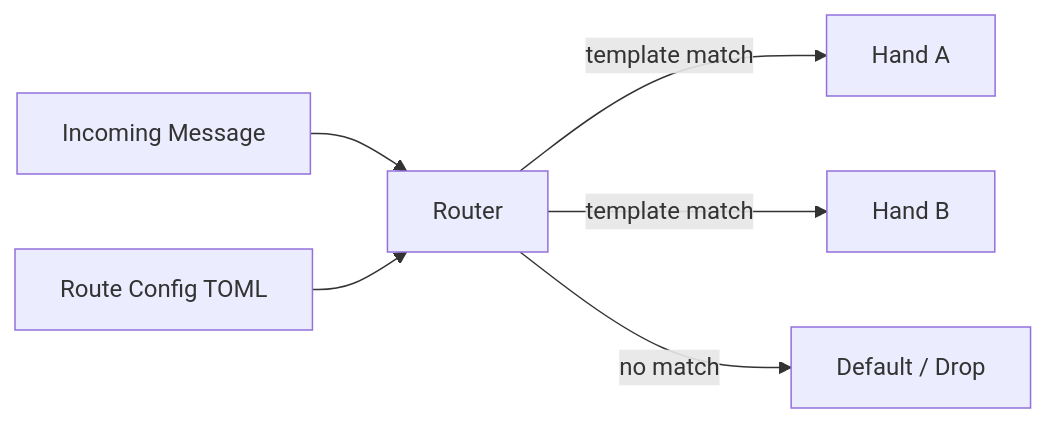
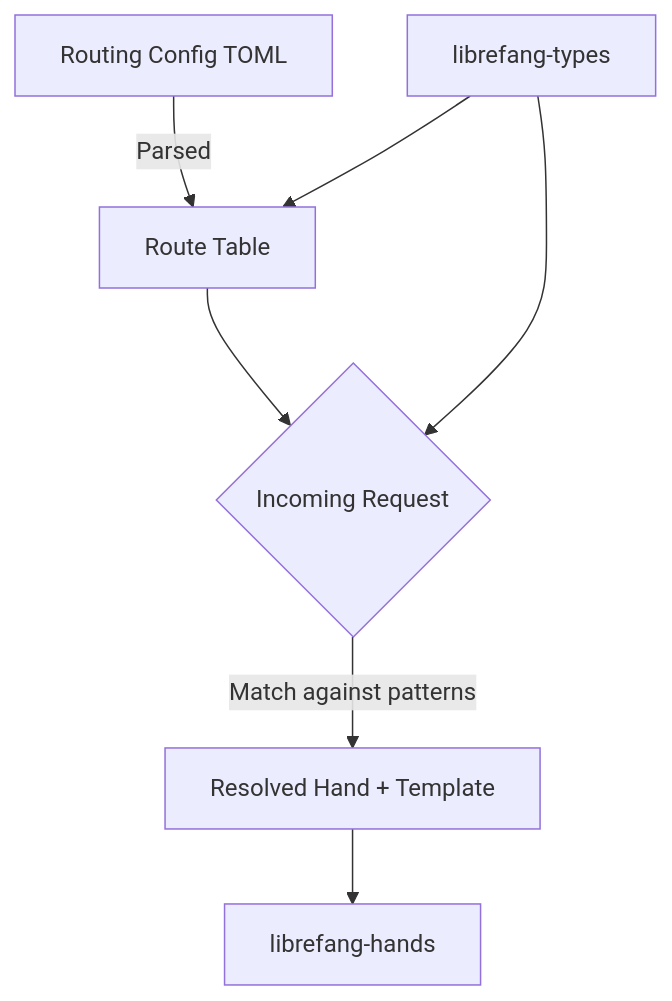
Before and after one commit to leszek3737/librefang-WIki: the diagram in other-librefang-kernel-router.md, drawn with Mermaid. The commit also changed other lines of this file and 120 other files, not shown here.

````diff
--- a/other-librefang-kernel-router.md
+++ b/other-librefang-kernel-router.md
@@ -15,8 +32,9 @@
 ```mermaid
-graph LR
-    A[Incoming Message] --> B[Router]
-    B -->|template match| C[Hand A]
-    B -->|template match| D[Hand B]
-    B -->|no match| E[Default / Drop]
-    F[Route Config TOML] --> B
+flowchart TD
+    A[Routing Config TOML] -->|Parsed| B[Route Table]
+    B --> C{Incoming Request}
+    C -->|Match against patterns| D[Resolved Hand + Template]
+    D --> E[librefang-hands]
+    F[librefang-types] --> B
+    F --> C
 ```
````
